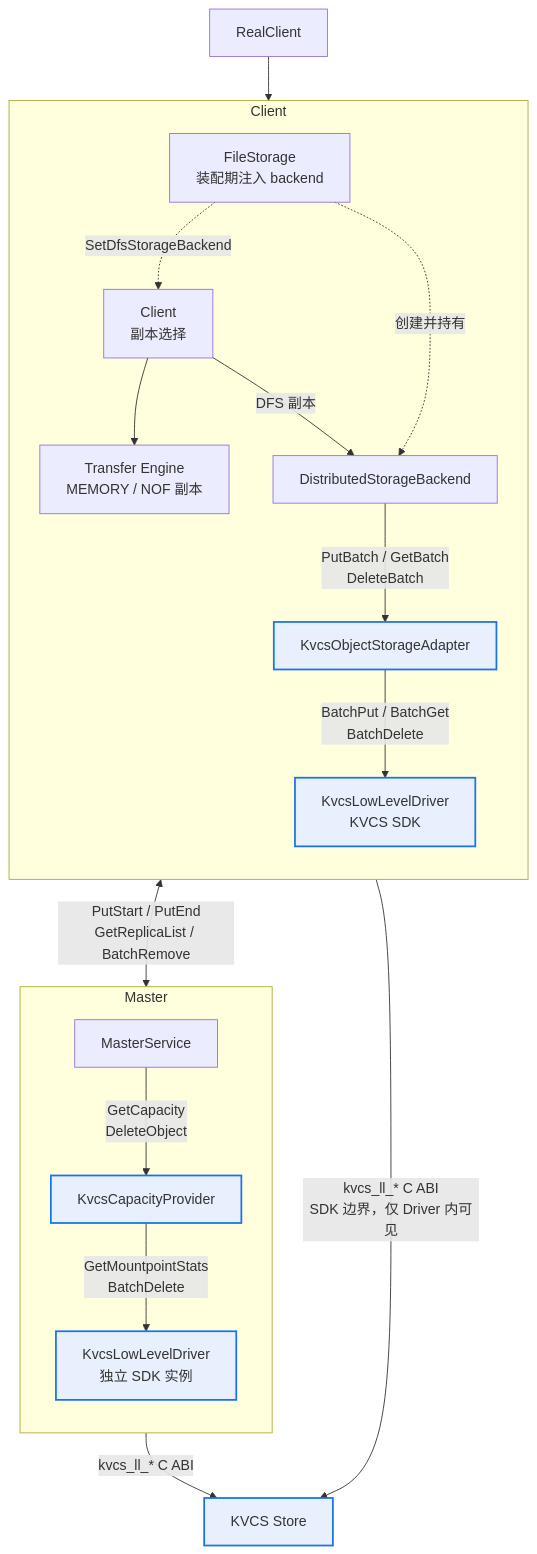
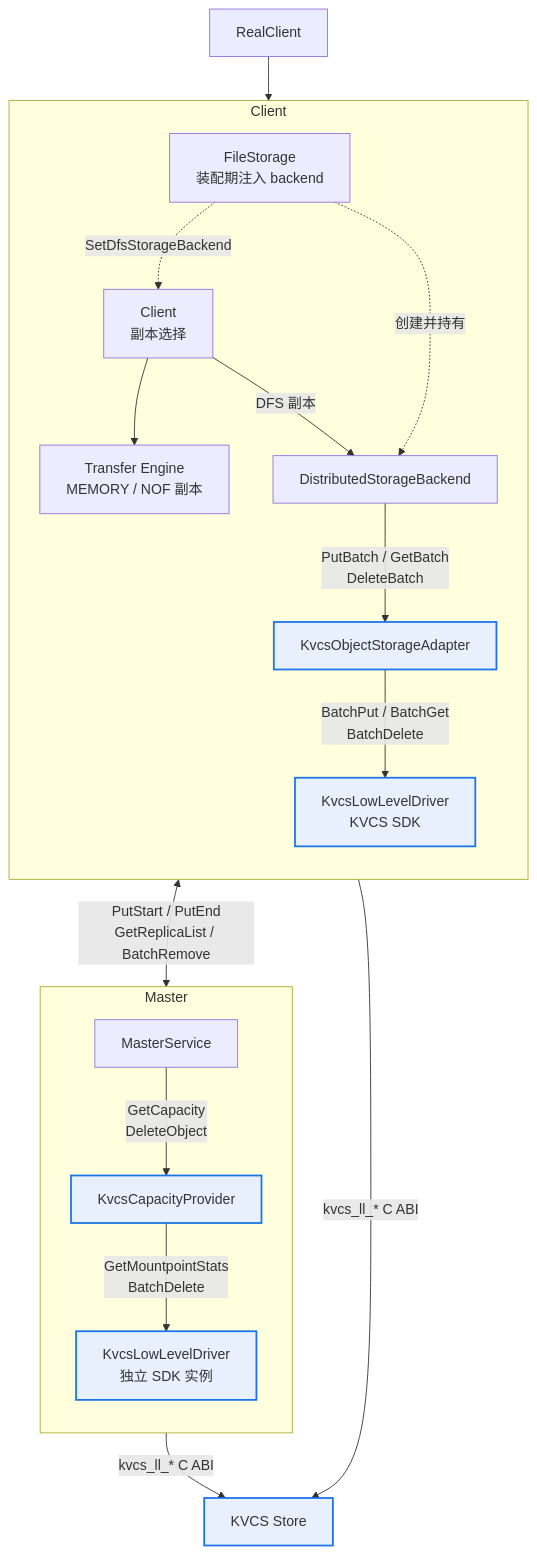
Before and after one commit to zwj20000328-dotcom/Mooncake-documents: the diagram in kvcs-system-position.md, drawn with Mermaid. The commit also changed other lines of this file and 2 other files, not shown here.

Commit message:
modified:   kvcs-system-position.md

````diff
--- a/kvcs-system-position.md
+++ b/kvcs-system-position.md
@@ -1,41 +1,41 @@
 ```mermaid
 flowchart TB
      RC["RealClient"]
 
     subgraph CP["Client"]
         direction TB
         CL["Client<br/>副本选择"]
         TE["Transfer Engine<br/>MEMORY / NOF 副本"]
         FS["FileStorage<br/>装配期注入 backend"]
         DSB["DistributedStorageBackend"]
         KOA["KvcsObjectStorageAdapter"]
         KLD["KvcsLowLevelDriver<br/>KVCS SDK"]
 
         CL --> TE
         CL -->|DFS 副本| DSB
         FS -.->|创建并持有| DSB
         FS -.->|SetDfsStorageBackend| CL
         DSB -->|PutBatch / GetBatch<br/>DeleteBatch| KOA
         KOA -->|BatchPut / BatchGet<br/>BatchDelete| KLD
     end
 
     subgraph MP["Master"]
         direction TB
         MS["MasterService"]
         KCP["KvcsCapacityProvider"]
         KLD2["KvcsLowLevelDriver<br/>独立 SDK 实例"]
 
         MS -->|GetCapacity<br/>DeleteObject| KCP
         KCP -->|GetMountpointStats<br/>BatchDelete| KLD2
     end
 
     STORE["KVCS Store"]
 
     RC --> CL
     CL <-->|PutStart / PutEnd<br/>GetReplicaList / BatchRemove| MS
-    KLD -->|kvcs_ll_* C ABI<br/>SDK 边界，仅 Driver 内可见| STORE
+    KLD -->|kvcs_ll_* C ABI| STORE
     KLD2 -->|kvcs_ll_* C ABI| STORE
 
     classDef kvcs fill:#e8f0fe,stroke:#1a73e8,stroke-width:2px;
     class KOA,KLD,KLD2,KCP,STORE kvcs;
 ```
````
